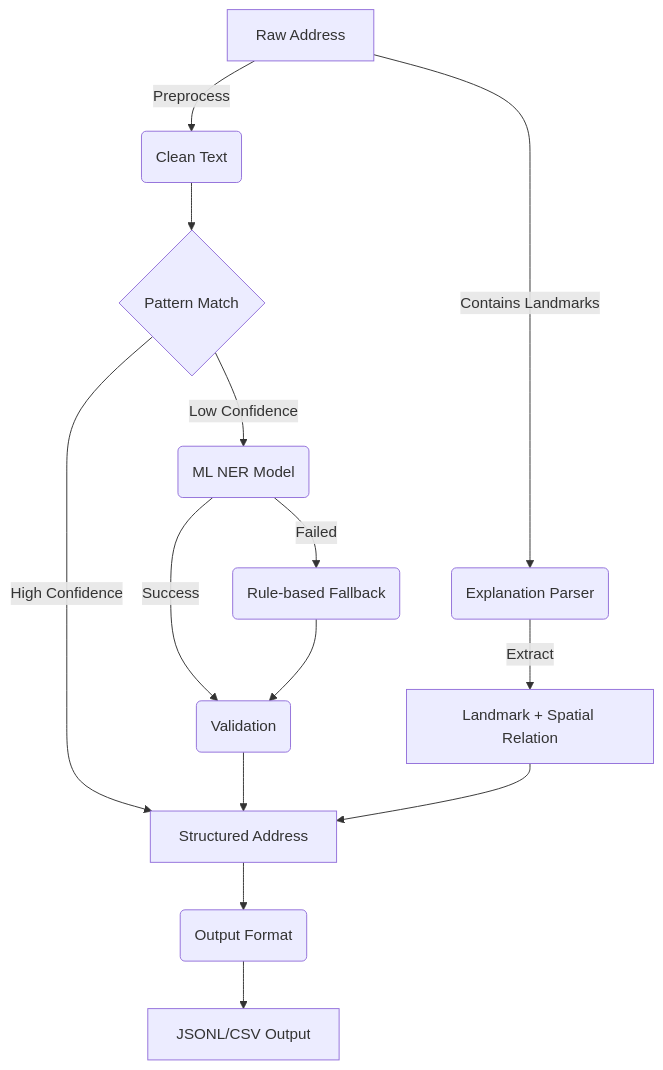
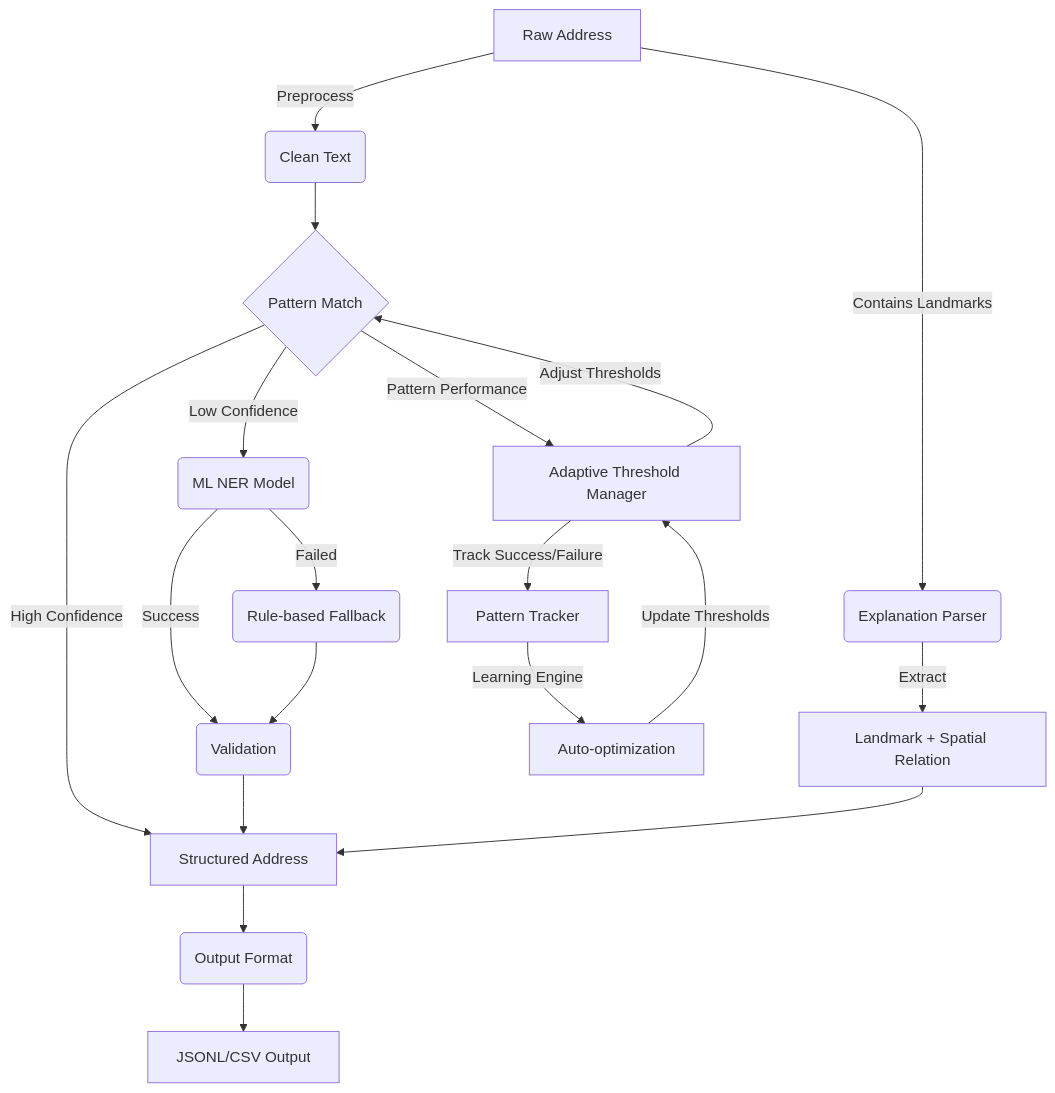
The diagram in README.md (merenert/PreprocessingV2.0), drawn with Mermaid before and after one commit. The commit also changed other lines of this file and 23 other files, not shown here.

First line of the commit message:
feat: Adaptive threshold management sistemi eklendi

````diff
--- a/README.md
+++ b/README.md
@@ -17,16 +18,23 @@
 ```mermaid
 graph TD
     A[Raw Address] -->|Preprocess| B(Clean Text)
     A -->|Contains Landmarks| K(Explanation Parser)
     K -->|Extract| L[Landmark + Spatial Relation]
     B --> C{Pattern Match}
     C -->|High Confidence| G[Structured Address]
     C -->|Low Confidence| D(ML NER Model)
     D -->|Success| E(Validation)
     D -->|Failed| F(Rule-based Fallback)
     F --> E
     E --> G
     L --> G
     G --> H(Output Format)
     H --> I[JSONL/CSV Output]
+    
+    %% Adaptive Threshold Management
+    C -->|Pattern Performance| AT[Adaptive Threshold Manager]
+    AT -->|Adjust Thresholds| C
+    AT -->|Track Success/Failure| PT[Pattern Tracker]
+    PT -->|Learning Engine| LE[Auto-optimization]
+    LE -->|Update Thresholds| AT
 ```
````
